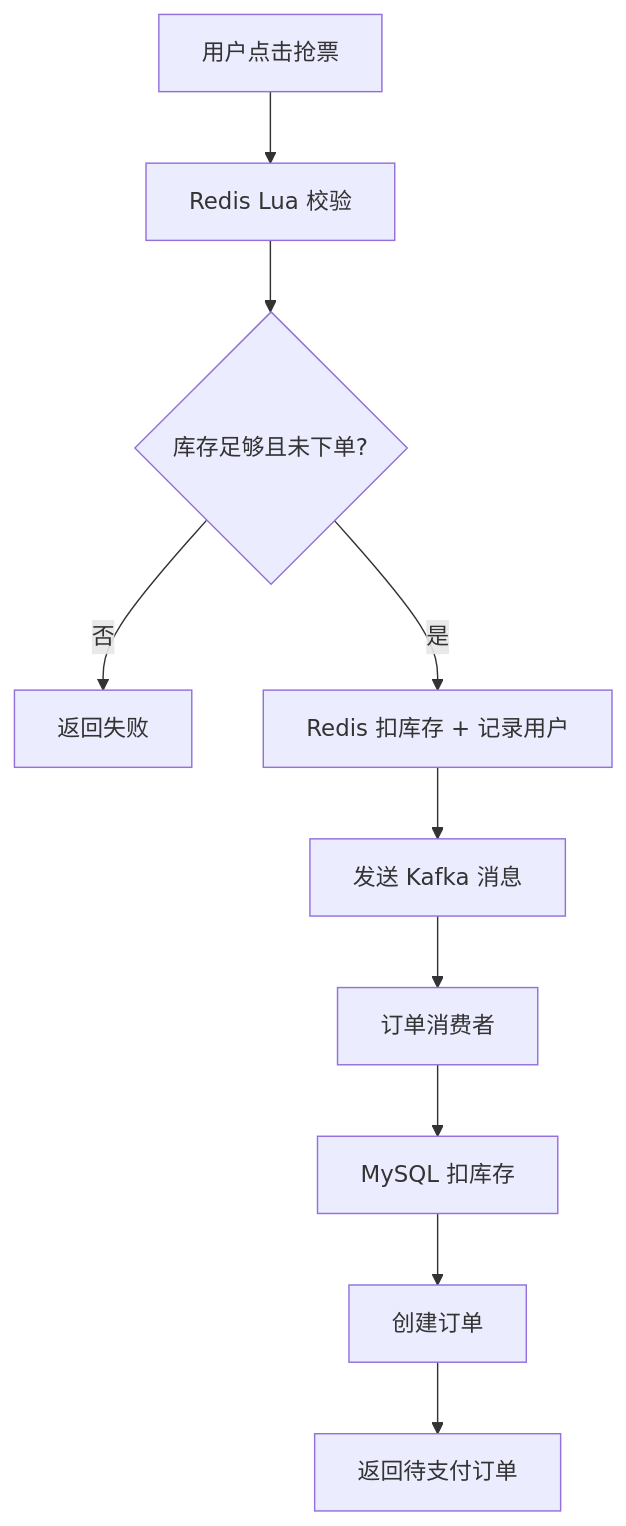
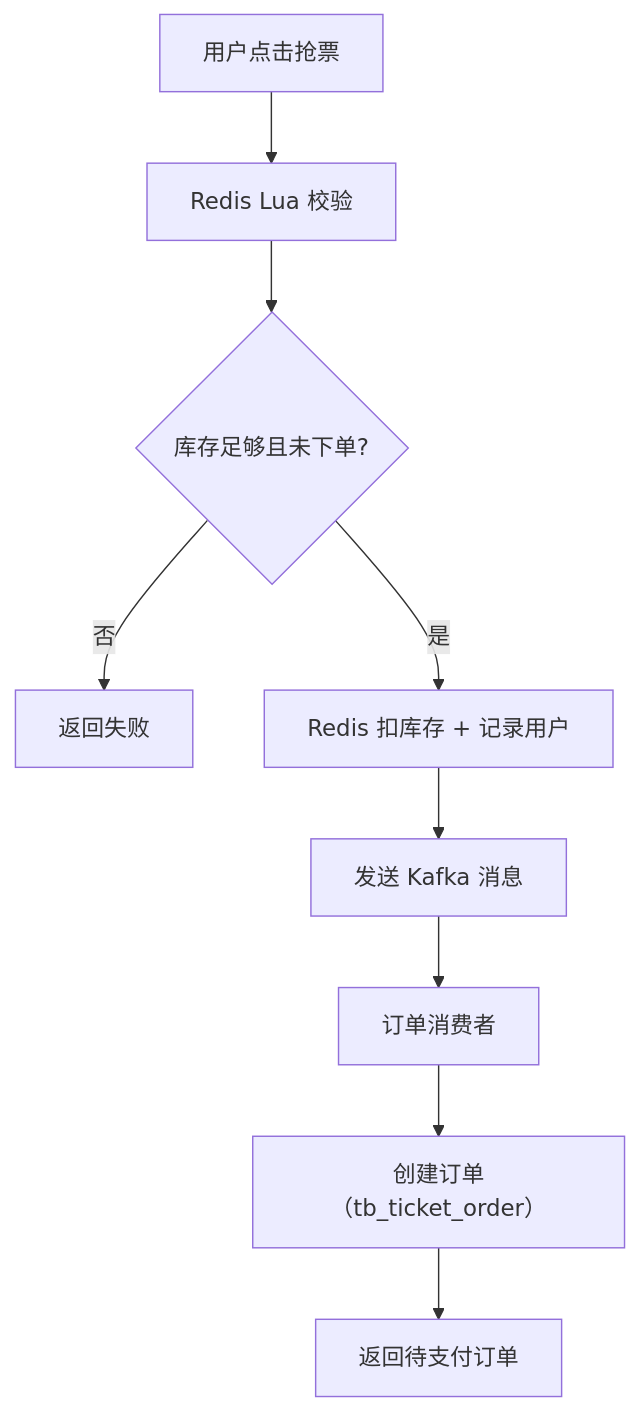
The diagram in AGENTS.md (dahuangggg/ticket-rush), drawn with Mermaid before and after one commit. The commit also changed other lines of this file, not shown here.

Commit message:
docs: mark module-6 done in AGENTS.md, fix mermaid flow

````diff
--- a/AGENTS.md
+++ b/AGENTS.md
@@ -545,12 +561,11 @@
 ```mermaid
 flowchart TD
     A["用户点击抢票"] --> B["Redis Lua 校验"]
     B --> C{"库存足够且未下单?"}
     C -->|否| D["返回失败"]
     C -->|是| E["Redis 扣库存 + 记录用户"]
     E --> F["发送 Kafka 消息"]
     F --> G["订单消费者"]
-    G --> H["MySQL 扣库存"]
-    H --> I["创建订单"]
-    I --> J["返回待支付订单"]
+    G --> H["创建订单（tb_ticket_order）"]
+    H --> I["返回待支付订单"]
 ```
````
